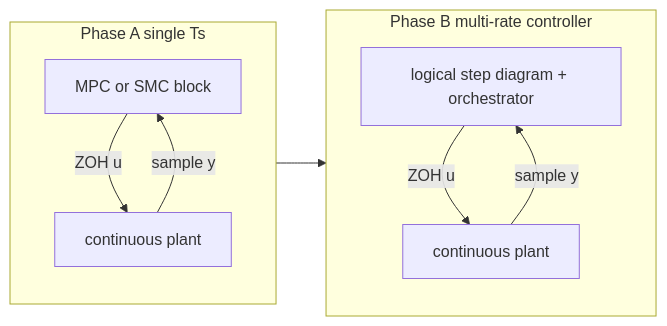
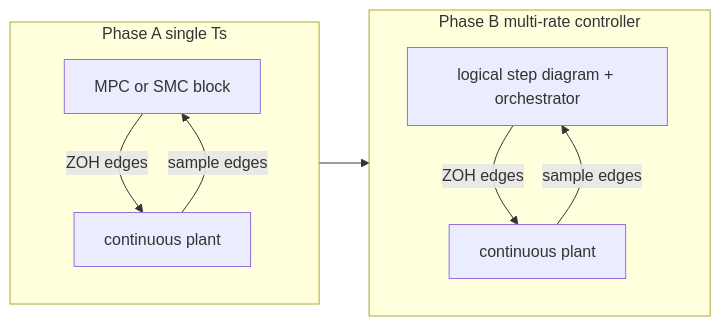
Before and after one commit to alx87grd/minilink: the first of 4 diagrams in docs/plans/hybrid-discrete-simulation.md, drawn with Mermaid. The commit also changed other lines of this file and 8 other files, not shown here.

````diff
--- a/docs/plans/hybrid-discrete-simulation.md
+++ b/docs/plans/hybrid-discrete-simulation.md
@@ -257,18 +266,18 @@
 ```mermaid
 flowchart LR
     subgraph phaseA [Phase A single Ts]
         C1[MPC or SMC block]
         P1[continuous plant]
-        C1 -->|ZOH u| P1
-        P1 -->|sample y| C1
+        C1 -->|ZOH edges| P1
+        P1 -->|sample edges| C1
     end
 
     subgraph phaseB [Phase B multi-rate controller]
         C2[logical step diagram + orchestrator]
         P2[continuous plant]
-        C2 -->|ZOH u| P2
-        P2 -->|sample y| C2
+        C2 -->|ZOH edges| P2
+        P2 -->|sample edges| C2
     end
 
     phaseA --> phaseB
 ```
````
